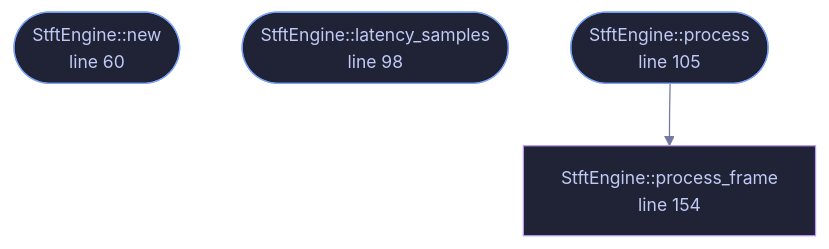
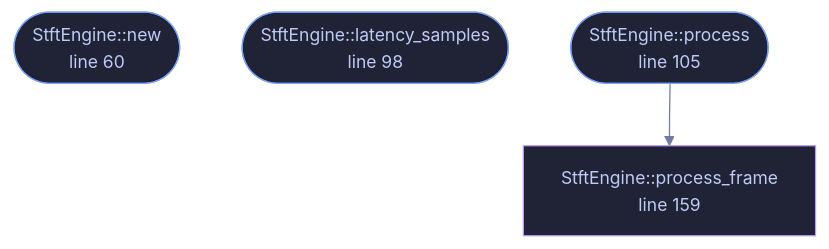
Before and after one commit to tilas01/veilvoice: the diagram in docs/files/veilvoice-core/stft.md, drawn with Mermaid. The commit also changed other lines of this file and 528 other files, not shown here.

````diff
--- a/docs/files/veilvoice-core/stft.md
+++ b/docs/files/veilvoice-core/stft.md
@@ -83,17 +83,17 @@
 ```mermaid
 %%{init: {"theme":"base","themeVariables":{"background":"#1a1b26","primaryColor":"#1f2335","primaryTextColor":"#c0caf5","primaryBorderColor":"#7aa2f7","secondaryColor":"#16161e","tertiaryColor":"#16161e","lineColor":"#737aa2","textColor":"#c0caf5","mainBkg":"#1f2335","nodeBorder":"#7aa2f7","clusterBkg":"#16161e","clusterBorder":"#2f3549","fontFamily":"ui-monospace, SFMono-Regular, Consolas, monospace","fontSize":"14px"}}}%%
 flowchart TD
     n_new(["StftEngine::new<br/>line 60"])
     n_latency_samples(["StftEngine::latency_samples<br/>line 98"])
     n_process(["StftEngine::process<br/>line 105"])
-    n_process_frame["StftEngine::process_frame<br/>line 154"]
+    n_process_frame["StftEngine::process_frame<br/>line 159"]
     n_process --> n_process_frame
     click n_new href "https://github.com/tilas01/veilvoice/blob/main/crates/veilvoice-core/src/stft.rs#L60" "open the source"
     click n_latency_samples href "https://github.com/tilas01/veilvoice/blob/main/crates/veilvoice-core/src/stft.rs#L98" "open the source"
     click n_process href "https://github.com/tilas01/veilvoice/blob/main/crates/veilvoice-core/src/stft.rs#L105" "open the source"
-    click n_process_frame href "https://github.com/tilas01/veilvoice/blob/main/crates/veilvoice-core/src/stft.rs#L154" "open the source"
+    click n_process_frame href "https://github.com/tilas01/veilvoice/blob/main/crates/veilvoice-core/src/stft.rs#L159" "open the source"
     classDef entry fill:#1f2335,stroke:#7aa2f7,color:#c0caf5
     class n_new,n_latency_samples,n_process entry
     classDef helper fill:#1f2335,stroke:#bb9af7,color:#c0caf5
     class n_process_frame helper
 ```
````
